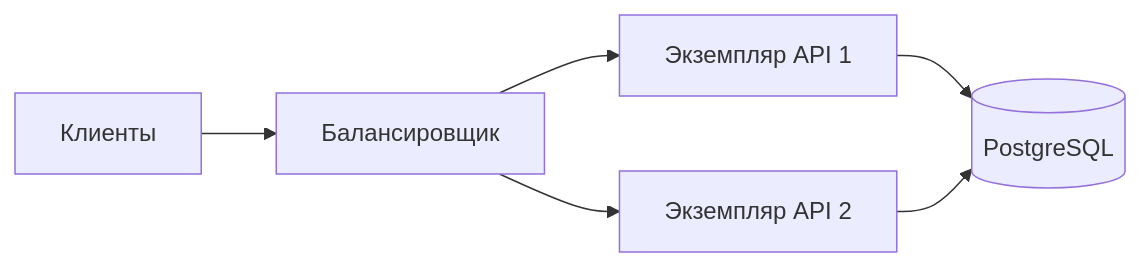
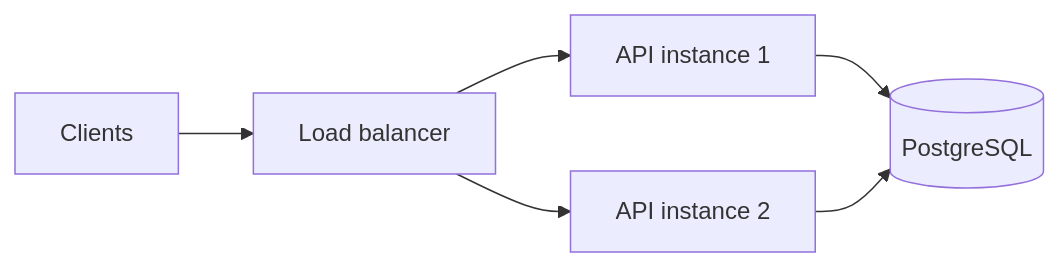
Before and after one commit to pavel-skripko-innowise/inno-fe-be-a1: the first of 4 diagrams in courses-content/backend/A/1/en/0.3 Архитектуры Back End.md, drawn with Mermaid. The commit also changed other lines of this file and 35 other files, not shown here.

````diff
--- a/courses-content/backend/A/1/en/0.3 Архитектуры Back End.md
+++ b/courses-content/backend/A/1/en/0.3 Архитектуры Back End.md
@@ -40,8 +40,8 @@
 ```mermaid
 flowchart LR
-  C[Клиенты] --> LB[Балансировщик]
-  LB --> A1[Экземпляр API 1]
-  LB --> A2[Экземпляр API 2]
+  C[Clients] --> LB[Load balancer]
+  LB --> A1[API instance 1]
+  LB --> A2[API instance 2]
   A1 --> DB[(PostgreSQL)]
   A2 --> DB
 ```
````
